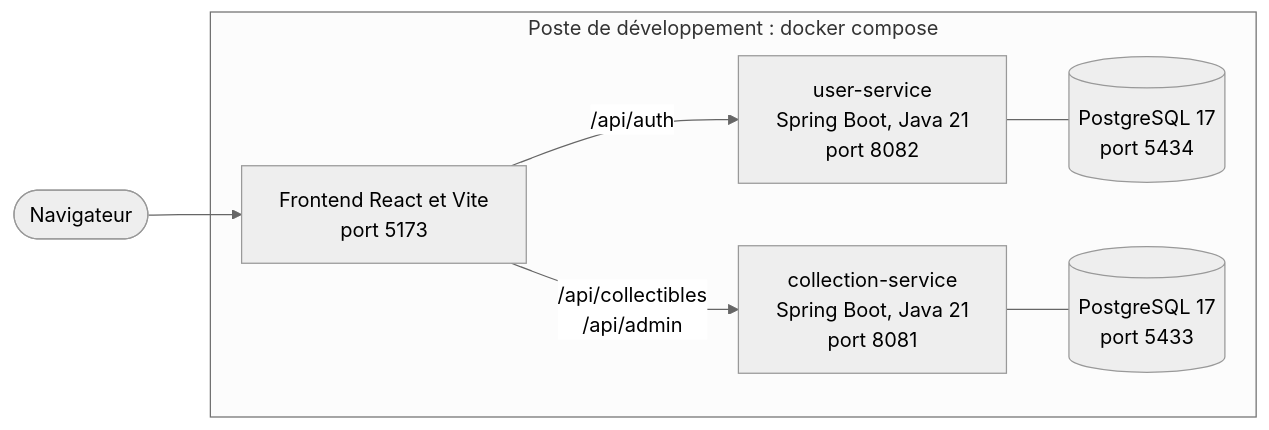
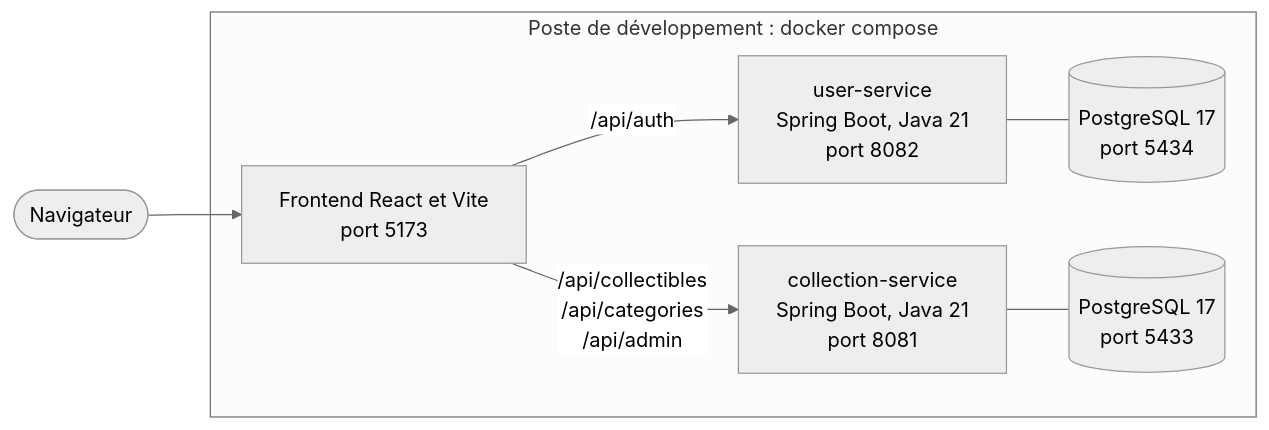
One commit to WALAAHAJJ/collector-indiv changed the second of 6 diagrams in docs/architecture.md. Above: the diagram before and after it, drawn with Mermaid (neutral theme). The commit also changed other lines of this file and 2 other files, not shown here.

Commit message:
docs: catégories dans le site (README, architecture, tests)

````diff
--- a/docs/architecture.md
+++ b/docs/architecture.md
@@ -40,17 +40,17 @@
 ```mermaid
 flowchart LR
     nav(["Navigateur"])
     subgraph dev["Poste de développement : docker compose"]
         vite["Frontend React et Vite<br/>port 5173"]
         us["user-service<br/>Spring Boot, Java 21<br/>port 8082"]
         cs["collection-service<br/>Spring Boot, Java 21<br/>port 8081"]
         udb[("PostgreSQL 17<br/>port 5434")]
         cdb[("PostgreSQL 17<br/>port 5433")]
     end
 
     nav --> vite
     vite -->|"/api/auth"| us
-    vite -->|"/api/collectibles<br/>/api/admin"| cs
+    vite -->|"/api/collectibles<br/>/api/categories<br/>/api/admin"| cs
     us --- udb
     cs --- cdb
 ```
````
